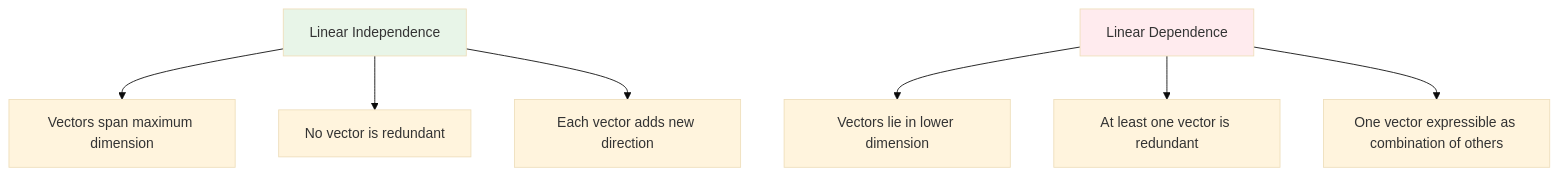
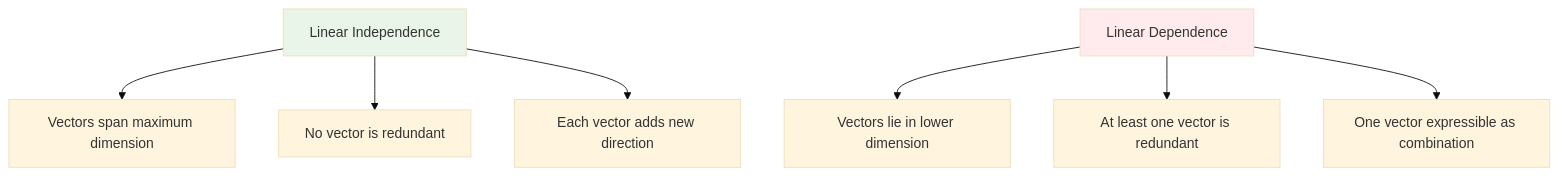
One commit to Chaklader/flower-image-classifier changed the fifth of 6 diagrams in C_0.md. Above: the diagram before and after it, drawn with Mermaid (base theme). The commit also changed other lines of this file and 3 other files, not shown here.

````diff
--- a/C_0.md
+++ b/C_0.md
@@ -450,13 +664,13 @@
 ```mermaid
 graph TD
     A["Linear Independence"] --> B["Vectors span maximum dimension"]
     A --> C["No vector is redundant"]
     A --> D["Each vector adds new direction"]
 
     E["Linear Dependence"] --> F["Vectors lie in lower dimension"]
     E --> G["At least one vector is redundant"]
-    E --> H["One vector expressible as combination of others"]
+    E --> H["One vector expressible as combination"]
 
     style A fill:#E8F5E8
     style E fill:#FFEBEE
 ```
````
